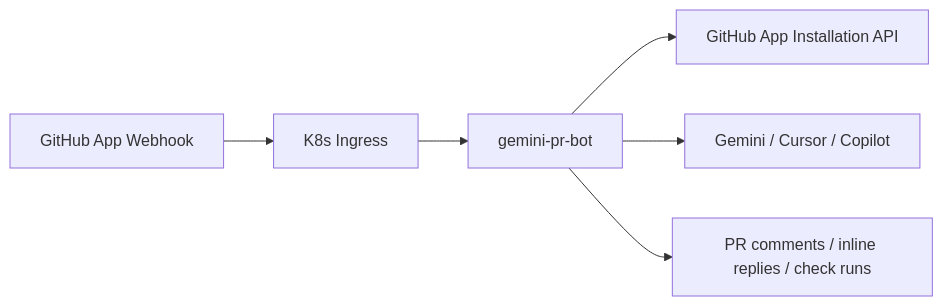
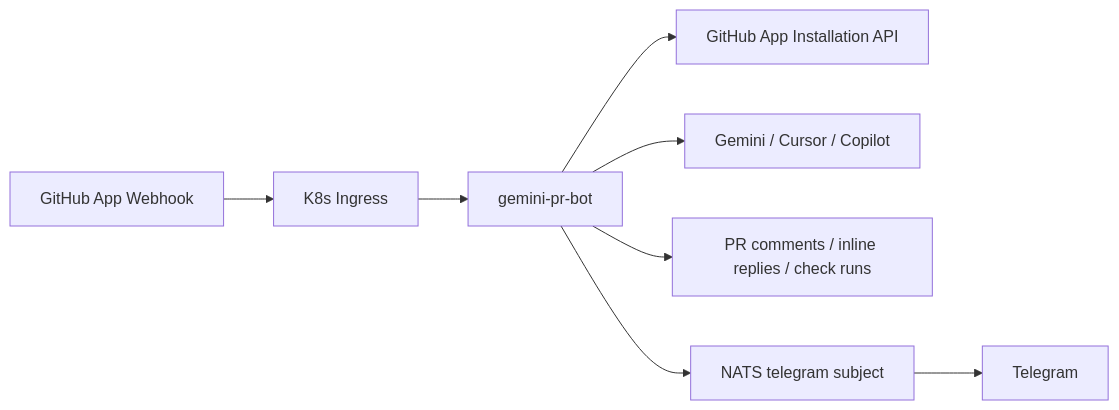
One commit to seorilabs/gemini-pr-bot changed the first of 4 diagrams in README.md. Above: the diagram before and after it, drawn with Mermaid. The commit also changed other lines of this file and 8 other files, not shown here.

````diff
--- a/README.md
+++ b/README.md
@@ -5,8 +5,10 @@
 ```mermaid
 flowchart LR
   GitHub["GitHub App Webhook"] --> Ingress["K8s Ingress"]
   Ingress --> Bot["gemini-pr-bot"]
   Bot --> GitHubAPI["GitHub App Installation API"]
   Bot --> Providers["Gemini / Cursor / Copilot"]
   Bot --> Comment["PR comments / inline replies / check runs"]
+  Bot --> NATS["NATS telegram subject"]
+  NATS --> Telegram["Telegram"]
 ```
````
